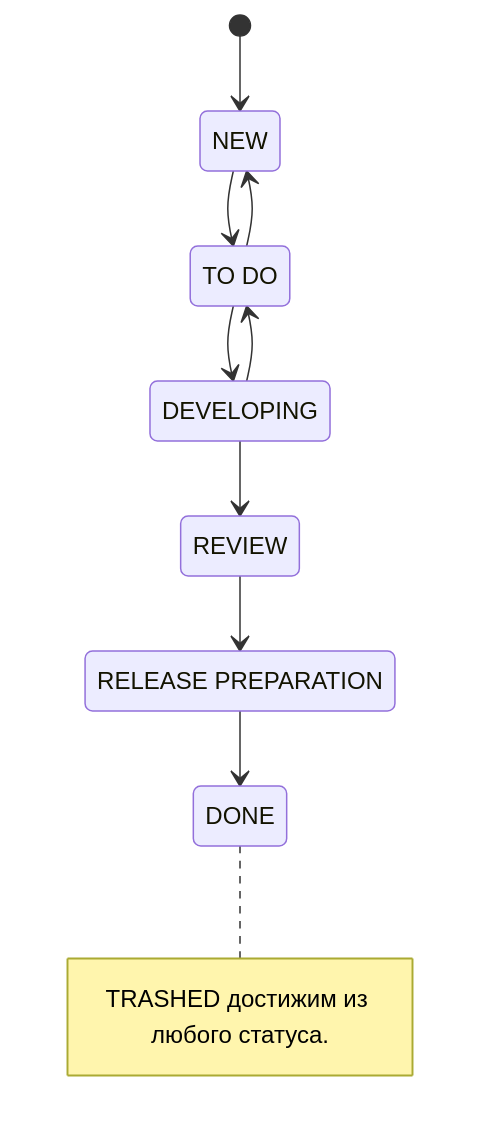
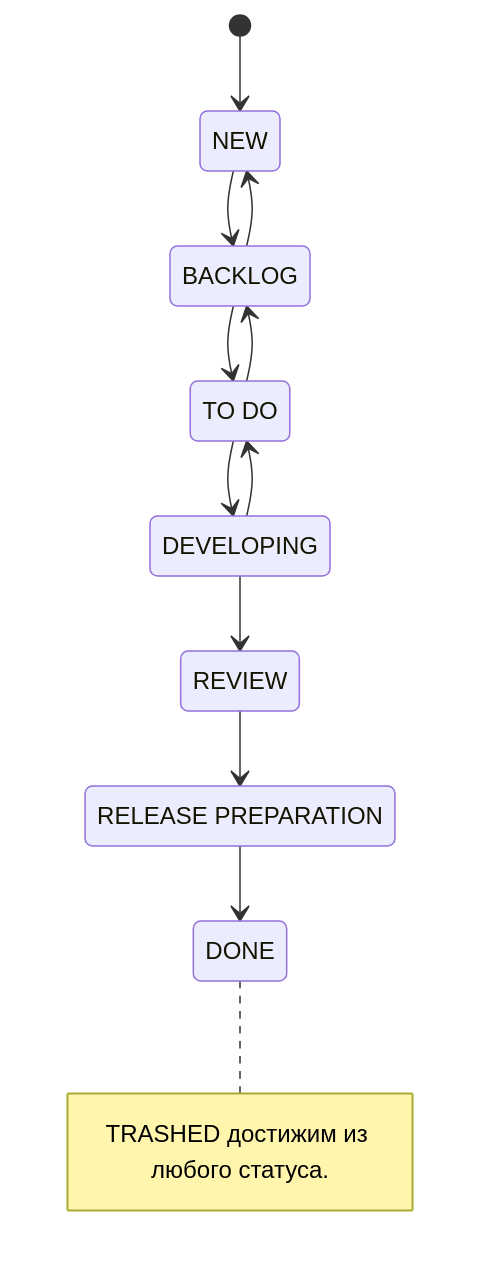
One commit to therealalexmois/dotfiles changed the diagram in ai-agents/.agents/skills/jira-team-workflow/SKILL.md. Above: the diagram before and after it, drawn with Mermaid. The commit also changed other lines of this file and 4 other files, not shown here.

````diff
--- a/ai-agents/.agents/skills/jira-team-workflow/SKILL.md
+++ b/ai-agents/.agents/skills/jira-team-workflow/SKILL.md
@@ -13,22 +13,25 @@
 ```mermaid
 stateDiagram-v2
     [*] --> New
-    New --> ToDo
-    ToDo --> New
+    New --> Backlog
+    Backlog --> New
+    Backlog --> ToDo
+    ToDo --> Backlog
     ToDo --> Developing
     Developing --> ToDo
     Developing --> Review
     Review --> ReleasePreparation
     ReleasePreparation --> Done
 
     New: NEW
+    Backlog: BACKLOG
     ToDo: TO DO
     Developing: DEVELOPING
     Review: REVIEW
     ReleasePreparation: RELEASE PREPARATION
     Done: DONE
 
     note right of Done
         TRASHED достижим из любого статуса.
     end note
 ```
````
